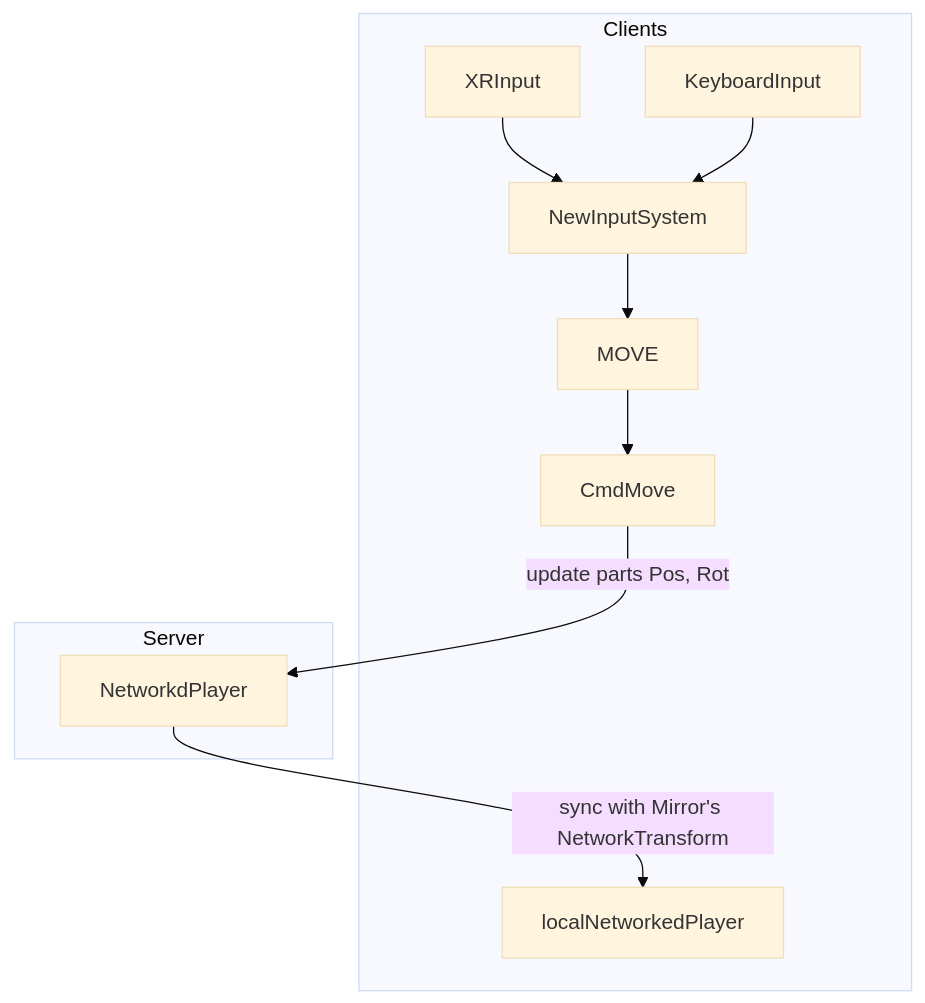
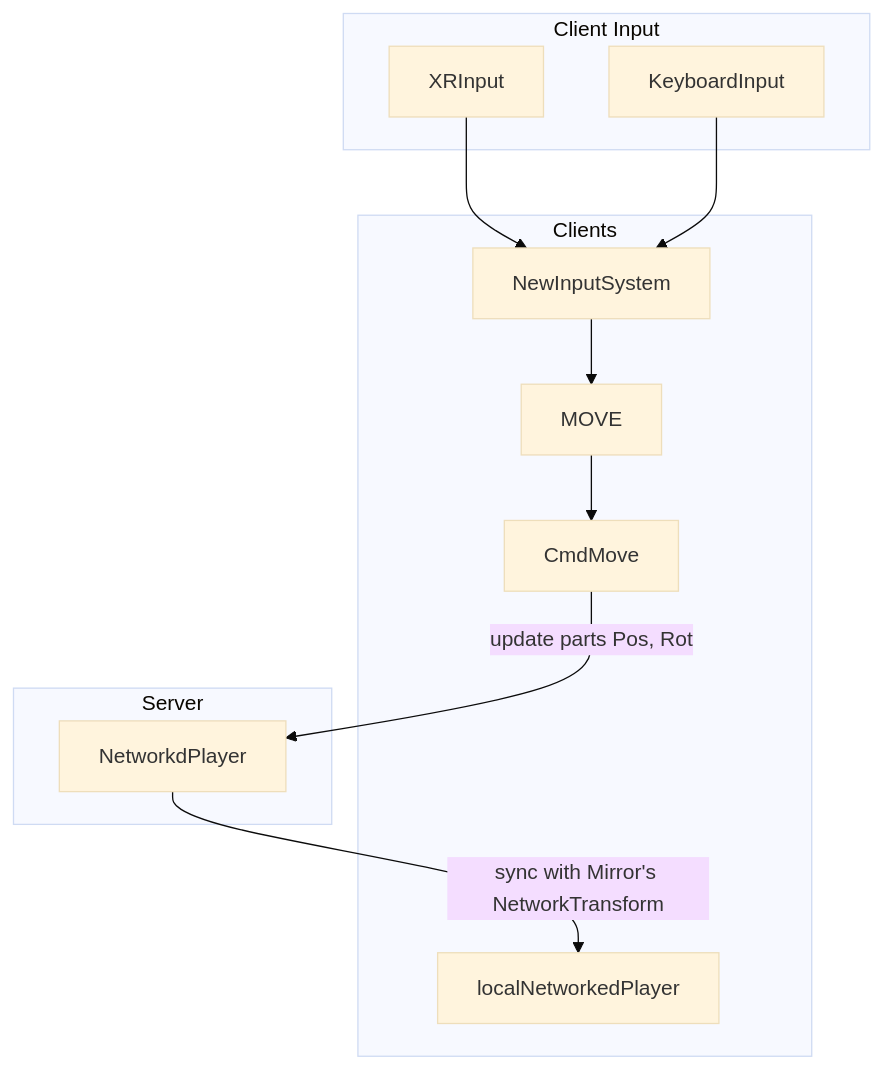
One commit to hyperbting/meta-mirror-playground changed the diagram in README.md. Above: the diagram before and after it, drawn with Mermaid (base theme).

````diff
--- a/README.md
+++ b/README.md
@@ -3,13 +3,18 @@
 ```mermaid
 flowchart TD
+    subgraph  Client Input
+    A[XRInput]
+    C[KeyboardInput] 
+    end
     subgraph  Clients
-    A[XRInput] --> B[NewInputSystem]
-    C[KeyboardInput] --> B[NewInputSystem]
+    B[NewInputSystem]
+    A --> B
+    C --> B
     B --> D[MOVE]
     D --> E[CmdMove]
     P[localNetworkedPlayer]
     end
     subgraph  Server
     E --update parts Pos, Rot--> F[NetworkdPlayer] -- sync with Mirror's NetworkTransform --> P
     end
 ```
````
